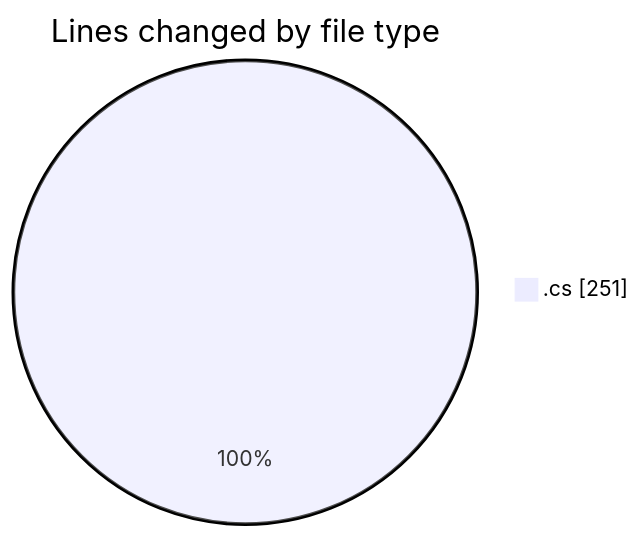
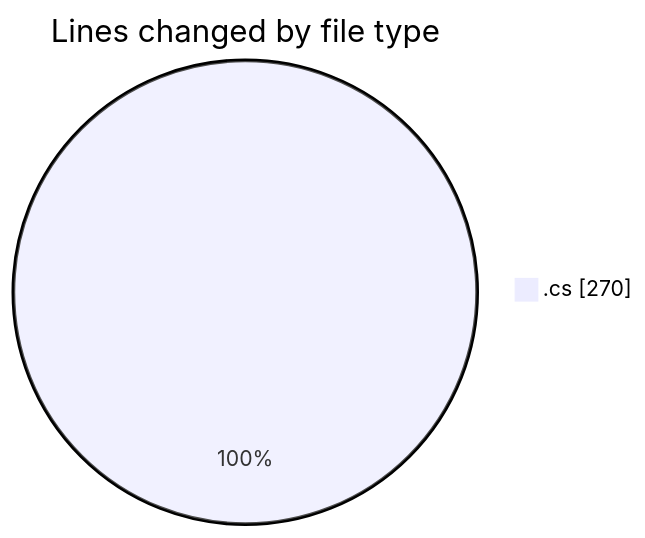
Before and after one commit to Netris89/code-tracking: the first of 2 diagrams in 2025-04-06/back-end/README.md, drawn with Mermaid. The commit also changed other lines of this file and 1 other file, not shown here.

````diff
--- a/2025-04-06/back-end/README.md
+++ b/2025-04-06/back-end/README.md
@@ -23,5 +23,5 @@
 ```mermaid
 pie showData
 title Lines changed by file type
-".cs" : 251
+".cs" : 270
 ```
````
